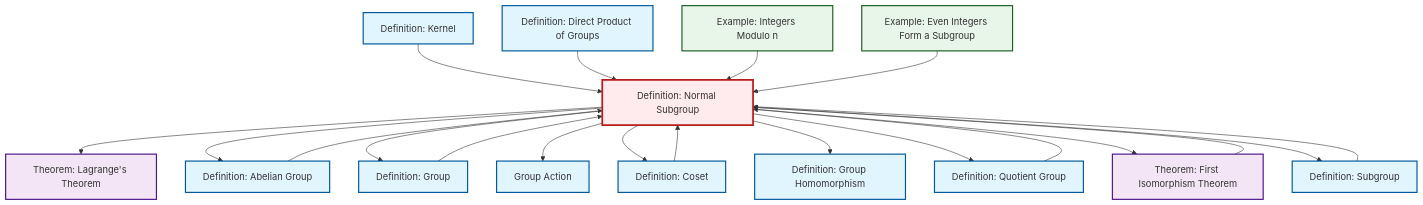
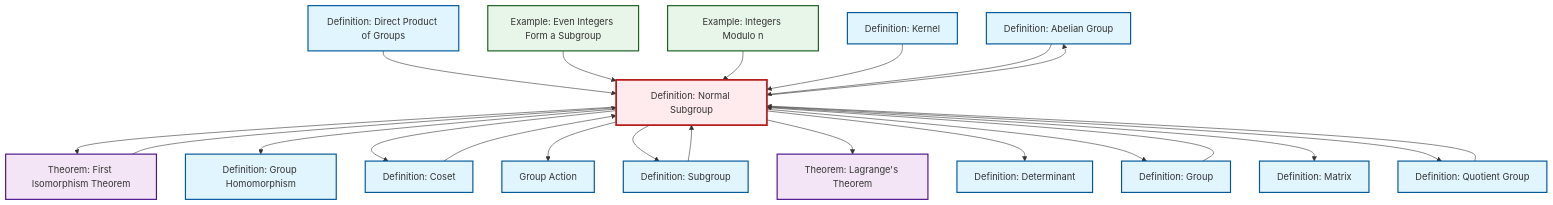
One commit to RK0429/ModernMath changed the diagram in content/ja/algebra/def-normal-subgroup.qmd. Above: the diagram before and after it, drawn with Mermaid. The commit also changed other lines of this file and 531 other files, not shown here.

````diff
--- a/content/ja/algebra/def-normal-subgroup.qmd
+++ b/content/ja/algebra/def-normal-subgroup.qmd
@@ -94,56 +95,62 @@
 ```{mermaid}
 %%| fig-cap: "Local dependency graph"
 graph TD
     classDef definition fill:#e1f5fe,stroke:#01579b,stroke-width:2px
     classDef theorem fill:#f3e5f5,stroke:#4a148c,stroke-width:2px
     classDef axiom fill:#fff3e0,stroke:#e65100,stroke-width:2px
     classDef example fill:#e8f5e9,stroke:#1b5e20,stroke-width:2px
     classDef current fill:#ffebee,stroke:#b71c1c,stroke-width:3px
-    def-normal-subgroup["Definition: Normal Subgroup"]:::definition
+    def-abelian-group["Definition: Abelian Group"]:::definition
+    def-homomorphism["Definition: Group Homomorphism"]:::definition
+    def-quotient-group["Definition: Quotient Group"]:::definition
+    def-determinant["Definition: Determinant"]:::definition
     thm-first-isomorphism["Theorem: First Isomorphism Theorem"]:::theorem
-    def-kernel["Definition: Kernel"]:::definition
-    def-homomorphism["Definition: Group Homomorphism"]:::definition
-    ex-quotient-integers-mod-n["Example: Integers Modulo n"]:::example
-    def-coset["Definition: Coset"]:::definition
-    thm-lagrange["Theorem: Lagrange's Theorem"]:::theorem
-    def-quotient-group["Definition: Quotient Group"]:::definition
-    def-subgroup["Definition: Subgroup"]:::definition
     def-direct-product["Definition: Direct Product of Groups"]:::definition
     def-group["Definition: Group"]:::definition
+    def-normal-subgroup["Definition: Normal Subgroup"]:::definition
+    def-subgroup["Definition: Subgroup"]:::definition
+    thm-lagrange["Theorem: Lagrange's Theorem"]:::theorem
+    ex-quotient-integers-mod-n["Example: Integers Modulo n"]:::example
+    ex-even-integers-subgroup["Example: Even Integers Form a Subgroup"]:::example
+    def-matrix["Definition: Matrix"]:::definition
+    def-coset["Definition: Coset"]:::definition
+    def-kernel["Definition: Kernel"]:::definition
     def-group-action["Group Action"]:::definition
-    def-abelian-group["Definition: Abelian Group"]:::definition
-    ex-even-integers-subgroup["Example: Even Integers Form a Subgroup"]:::example
+    def-normal-subgroup --> def-abelian-group
+    def-normal-subgroup --> thm-first-isomorphism
+    def-normal-subgroup --> def-homomorphism
+    def-normal-subgroup --> def-coset
+    def-group --> def-normal-subgroup
+    def-normal-subgroup --> def-group-action
+    def-coset --> def-normal-subgroup
     thm-first-isomorphism --> def-normal-subgroup
+    def-subgroup --> def-normal-subgroup
+    def-direct-product --> def-normal-subgroup
+    def-normal-subgroup --> def-subgroup
+    def-normal-subgroup --> thm-lagrange
+    ex-even-integers-subgroup --> def-normal-subgroup
+    def-normal-subgroup --> def-determinant
+    def-normal-subgroup --> def-group
+    def-normal-subgroup --> def-matrix
+    ex-quotient-integers-mod-n --> def-normal-subgroup
     def-kernel --> def-normal-subgroup
-    def-group --> def-normal-subgroup
+    def-quotient-group --> def-normal-subgroup
+    def-normal-subgroup --> def-quotient-group
     def-abelian-group --> def-normal-subgroup
-    def-normal-subgroup --> thm-lagrange
-    def-normal-subgroup --> def-abelian-group
-    def-subgroup --> def-normal-subgroup
-    def-quotient-group --> def-normal-subgroup
-    def-direct-product --> def-normal-subgroup
-    def-normal-subgroup --> def-group
-    ex-quotient-integers-mod-n --> def-normal-subgroup
-    def-normal-subgroup --> def-group-action
-    def-normal-subgroup --> def-coset
-    def-normal-subgroup --> def-homomorphism
-    def-normal-subgroup --> def-quotient-group
-    def-coset --> def-normal-subgroup
-    def-normal-subgroup --> thm-first-isomorphism
-    def-normal-subgroup --> def-subgroup
-    ex-even-integers-subgroup --> def-normal-subgroup
     class def-normal-subgroup current
+    click def-abelian-group "def-abelian-group.html" "Definition: Abelian Groupへ"
+    click def-homomorphism "def-homomorphism.html" "Definition: Group Homomorphismへ"
+    click def-quotient-group "def-quotient-group.html" "Definition: Quotient Groupへ"
+    click def-determinant "def-determinant.html" "Definition: Determinantへ"
     click thm-first-isomorphism "thm-first-isomorphism.html" "Theorem: First Isomorphism Theoremへ"
-    click def-kernel "def-kernel.html" "Definition: Kernelへ"
-    click def-homomorphism "def-homomorphism.html" "Definition: Group Homomorphismへ"
-    click ex-quotient-integers-mod-n "ex-quotient-integers-mod-n.html" "Example: Integers Modulo nへ"
-    click def-coset "def-coset.html" "Definition: Cosetへ"
-    click thm-lagrange "thm-lagrange.html" "Theorem: Lagrange's Theoremへ"
-    click def-quotient-group "def-quotient-group.html" "Definition: Quotient Groupへ"
-    click def-subgroup "def-subgroup.html" "Definition: Subgroupへ"
     click def-direct-product "def-direct-product.html" "Definition: Direct Product of Groupsへ"
     click def-group "def-group.html" "Definition: Groupへ"
+    click def-subgroup "def-subgroup.html" "Definition: Subgroupへ"
+    click thm-lagrange "thm-lagrange.html" "Theorem: Lagrange's Theoremへ"
+    click ex-quotient-integers-mod-n "ex-quotient-integers-mod-n.html" "Example: Integers Modulo nへ"
+    click ex-even-integers-subgroup "ex-even-integers-subgroup.html" "Example: Even Integers Form a Subgroupへ"
+    click def-matrix "def-matrix.html" "Definition: Matrixへ"
+    click def-coset "def-coset.html" "Definition: Cosetへ"
+    click def-kernel "def-kernel.html" "Definition: Kernelへ"
     click def-group-action "def-group-action.html" "Group Actionへ"
-    click def-abelian-group "def-abelian-group.html" "Definition: Abelian Groupへ"
-    click ex-even-integers-subgroup "ex-even-integers-subgroup.html" "Example: Even Integers Form a Subgroupへ"
 ```
````
